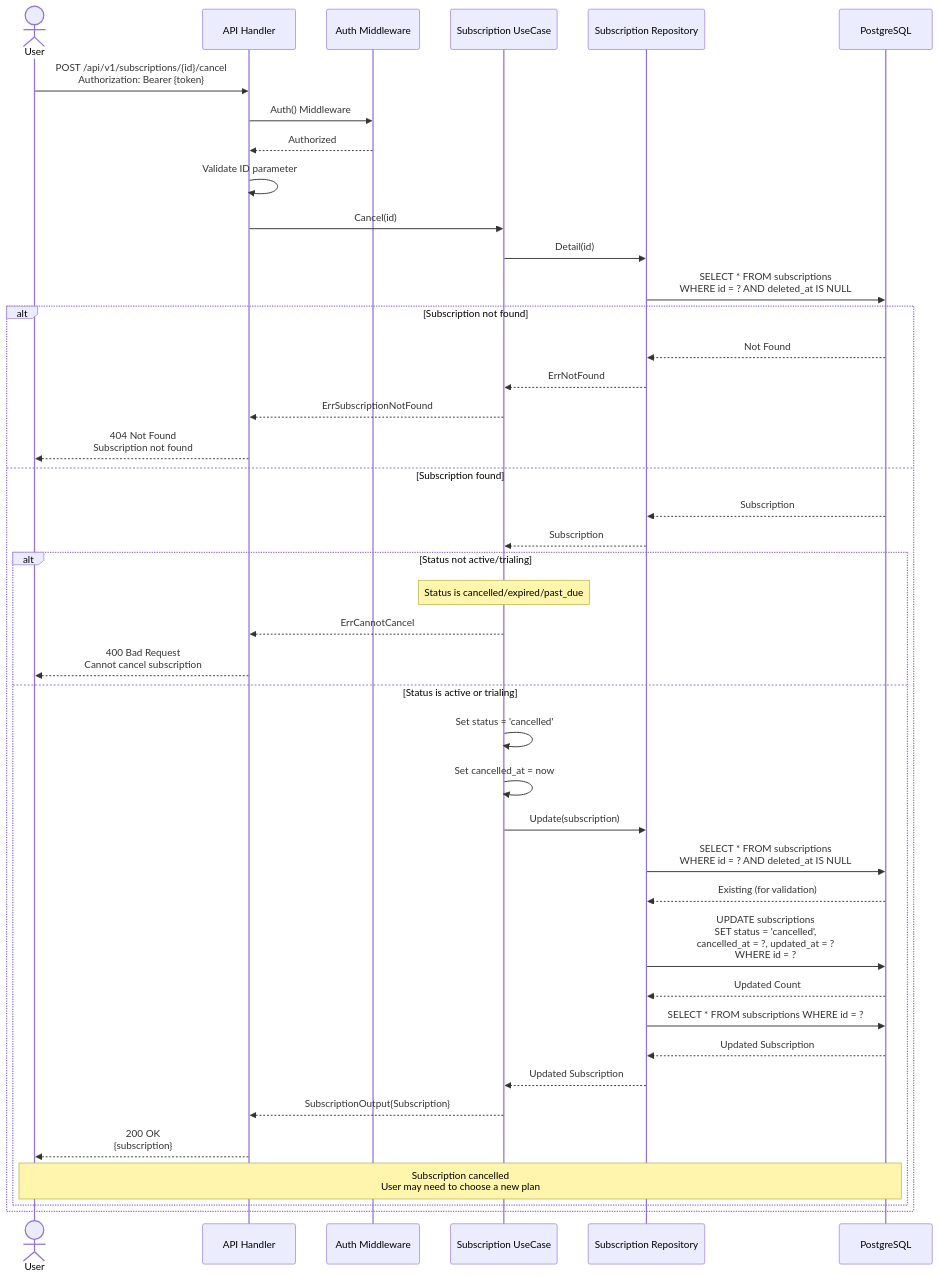
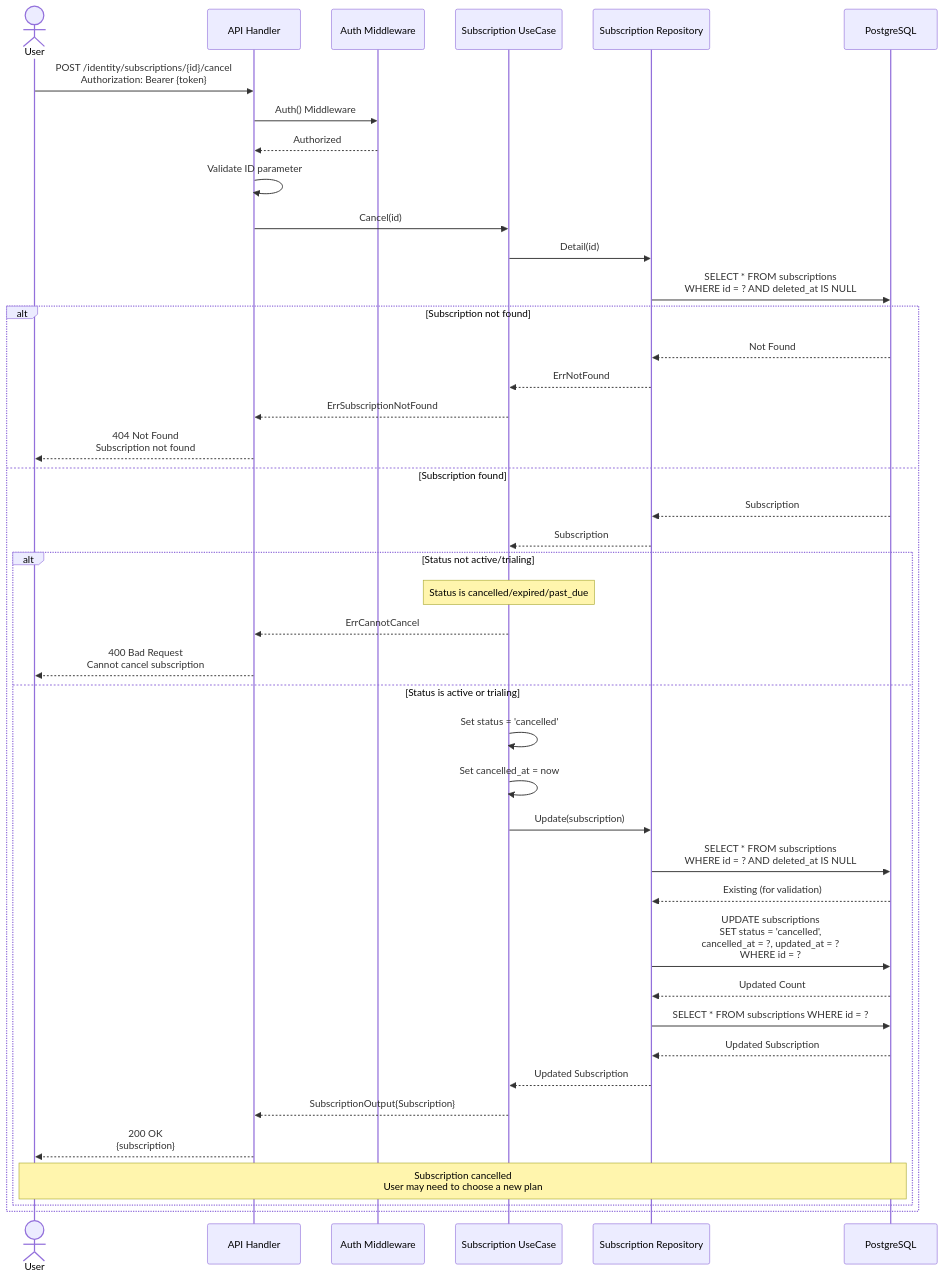
Diagram 11 of 12 in identity/document/api_01_sequence_diagrams.md (smap-hcmut/identity-srv), drawn with Mermaid before and after one commit. The commit also changed other lines of this file and 37 other files, not shown here.

Commit message:
feat(identity): refactor API endpoints to use /identity base path; update documentation and handlers for authentication, plans, and subscriptions; implement role-based access control with user roles and password management features

````diff
--- a/identity/document/api_01_sequence_diagrams.md
+++ b/identity/document/api_01_sequence_diagrams.md
@@ -584,53 +584,53 @@
 ```mermaid
 sequenceDiagram
     actor User
     participant API as API Handler
     participant MW as Auth Middleware
     participant SubUC as Subscription UseCase
     participant SubRepo as Subscription Repository
     participant DB as PostgreSQL
 
-    User->>API: POST /api/v1/subscriptions/{id}/cancel<br/>Authorization: Bearer {token}
+    User->>API: POST /identity/subscriptions/{id}/cancel<br/>Authorization: Bearer {token}
     API->>MW: Auth() Middleware
     MW-->>API: Authorized
     
     API->>API: Validate ID parameter
     API->>SubUC: Cancel(id)
     
     SubUC->>SubRepo: Detail(id)
     SubRepo->>DB: SELECT * FROM subscriptions<br/>WHERE id = ? AND deleted_at IS NULL
     
     alt Subscription not found
         DB-->>SubRepo: Not Found
         SubRepo-->>SubUC: ErrNotFound
         SubUC-->>API: ErrSubscriptionNotFound
         API-->>User: 404 Not Found<br/>Subscription not found
     else Subscription found
         DB-->>SubRepo: Subscription
         SubRepo-->>SubUC: Subscription
         
         alt Status not active/trialing
             Note over SubUC: Status is cancelled/expired/past_due
             SubUC-->>API: ErrCannotCancel
             API-->>User: 400 Bad Request<br/>Cannot cancel subscription
         else Status is active or trialing
             SubUC->>SubUC: Set status = 'cancelled'
             SubUC->>SubUC: Set cancelled_at = now
             
             SubUC->>SubRepo: Update(subscription)
             SubRepo->>DB: SELECT * FROM subscriptions<br/>WHERE id = ? AND deleted_at IS NULL
             DB-->>SubRepo: Existing (for validation)
             
             SubRepo->>DB: UPDATE subscriptions<br/>SET status = 'cancelled',<br/>cancelled_at = ?, updated_at = ?<br/>WHERE id = ?
             DB-->>SubRepo: Updated Count
             
             SubRepo->>DB: SELECT * FROM subscriptions WHERE id = ?
             DB-->>SubRepo: Updated Subscription
             SubRepo-->>SubUC: Updated Subscription
             SubUC-->>API: SubscriptionOutput{Subscription}
             API-->>User: 200 OK<br/>{subscription}
             
             Note over User,DB: Subscription cancelled<br/>User may need to choose a new plan
         end
     end
 ```
````
